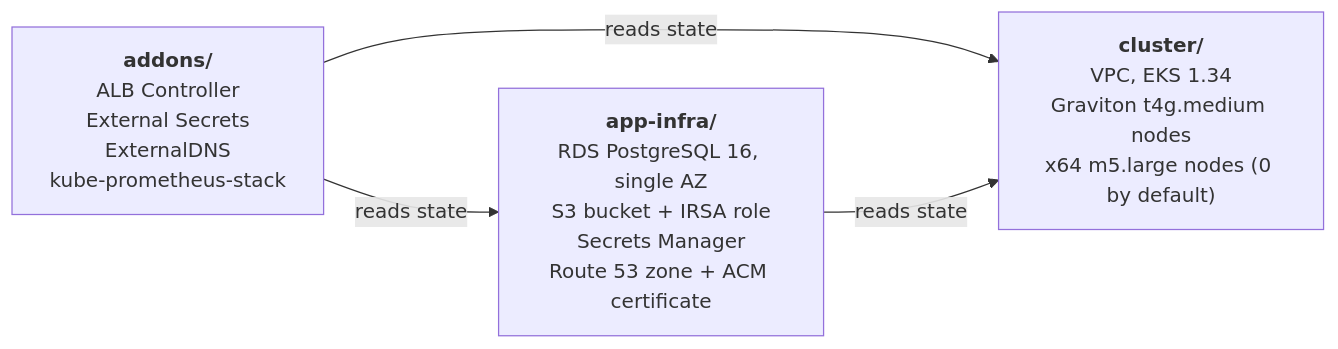
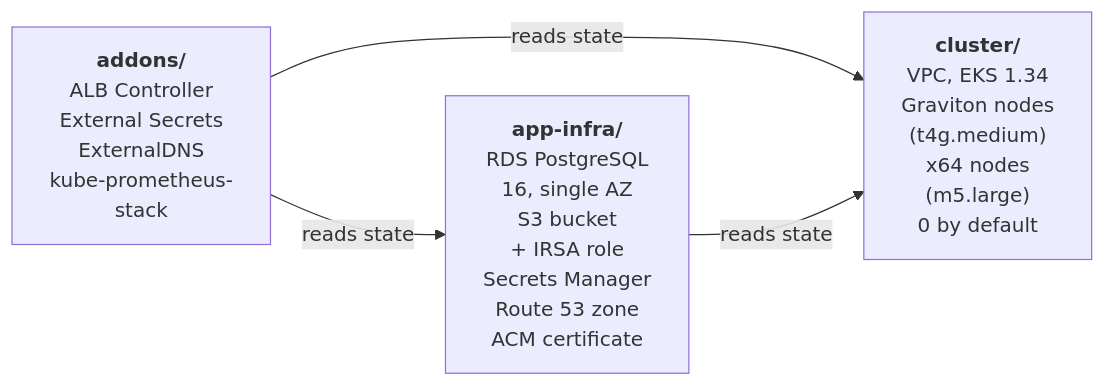
One commit to Bluecode77732/Upload-Board-Project changed the fourth of 4 diagrams in README.md. Above: the diagram before and after it, drawn with Mermaid. The commit also changed 3 other files, not shown here.

````diff
--- a/README.md
+++ b/README.md
@@ -206,9 +206,9 @@
 ```mermaid
 flowchart LR
-  D["<b>addons/</b><br/>ALB Controller<br/>External Secrets<br/>ExternalDNS<br/>kube-prometheus-stack"]
-  A["<b>app-infra/</b><br/>RDS PostgreSQL 16, single AZ<br/>S3 bucket + IRSA role<br/>Secrets Manager<br/>Route 53 zone + ACM certificate"]
-  C["<b>cluster/</b><br/>VPC, EKS 1.34<br/>Graviton t4g.medium nodes<br/>x64 m5.large nodes (0 by default)"]
+  D["<b>addons/</b><br/>ALB Controller<br/>External Secrets<br/>ExternalDNS<br/>kube-prometheus-<br/>stack"]
+  A["<b>app-infra/</b><br/>RDS PostgreSQL<br/>16, single AZ<br/>S3 bucket<br/>+ IRSA role<br/>Secrets Manager<br/>Route 53 zone<br/>ACM certificate"]
+  C["<b>cluster/</b><br/>VPC, EKS 1.34<br/>Graviton nodes<br/>(t4g.medium)<br/>x64 nodes<br/>(m5.large)<br/>0 by default"]
   D -- "reads state" --> A
   D -- "reads state" --> C
   A -- "reads state" --> C
 ```
````
